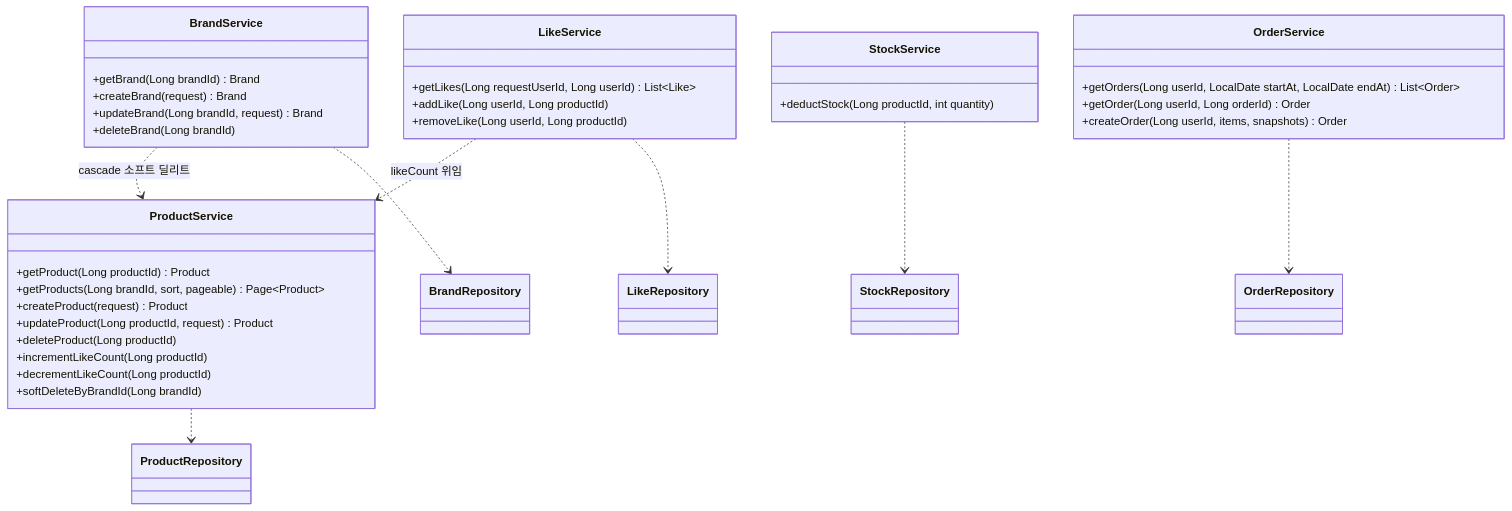
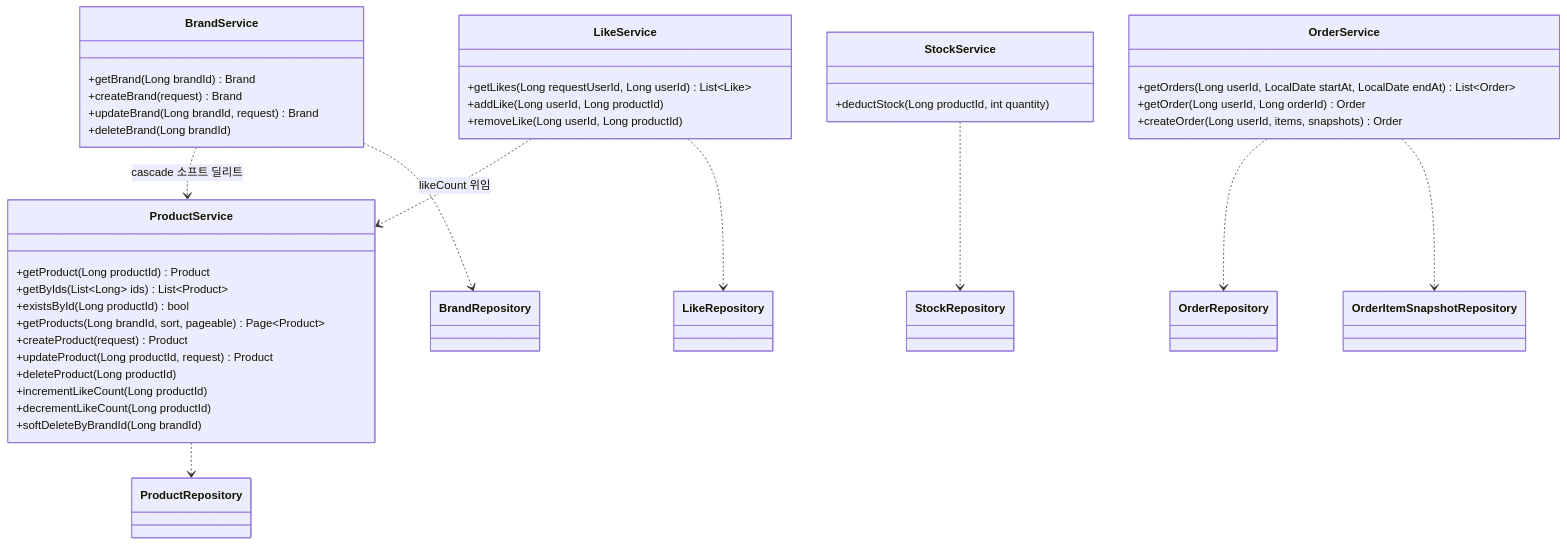
The third of 3 diagrams in docs/week2/03-class-diagram.md (loopers-labs/loop-pack-be-l2-vol4-java), drawn with Mermaid before and after one commit. The commit also changed other lines of this file, not shown here.

Commit message:
docs: 클래스 다이어그램 검토 반영 (User 필드 추가, Order totalAmount, 가시성 수정, Repository 보완)

````diff
--- a/docs/week2/03-class-diagram.md
+++ b/docs/week2/03-class-diagram.md
@@ -212,47 +228,50 @@
 ```mermaid
 classDiagram
     class BrandService {
         +getBrand(Long brandId) Brand
         +createBrand(request) Brand
         +updateBrand(Long brandId, request) Brand
         +deleteBrand(Long brandId)
     }
 
     class ProductService {
         +getProduct(Long productId) Product
+        +getByIds(List~Long~ ids) List~Product~
+        +existsById(Long productId) bool
         +getProducts(Long brandId, sort, pageable) Page~Product~
         +createProduct(request) Product
         +updateProduct(Long productId, request) Product
         +deleteProduct(Long productId)
         +incrementLikeCount(Long productId)
         +decrementLikeCount(Long productId)
         +softDeleteByBrandId(Long brandId)
     }
 
     class StockService {
         +deductStock(Long productId, int quantity)
     }
 
     class LikeService {
         +getLikes(Long requestUserId, Long userId) List~Like~
         +addLike(Long userId, Long productId)
         +removeLike(Long userId, Long productId)
     }
 
     class OrderService {
         +getOrders(Long userId, LocalDate startAt, LocalDate endAt) List~Order~
         +getOrder(Long userId, Long orderId) Order
         +createOrder(Long userId, items, snapshots) Order
     }
 
     %% 서비스 간 의존성
     LikeService ..> ProductService : likeCount 위임
     BrandService ..> ProductService : cascade 소프트 딜리트
 
     %% Repository 의존성
     BrandService ..> BrandRepository
     ProductService ..> ProductRepository
     StockService ..> StockRepository
     LikeService ..> LikeRepository
     OrderService ..> OrderRepository
+    OrderService ..> OrderItemSnapshotRepository
 ```
````
